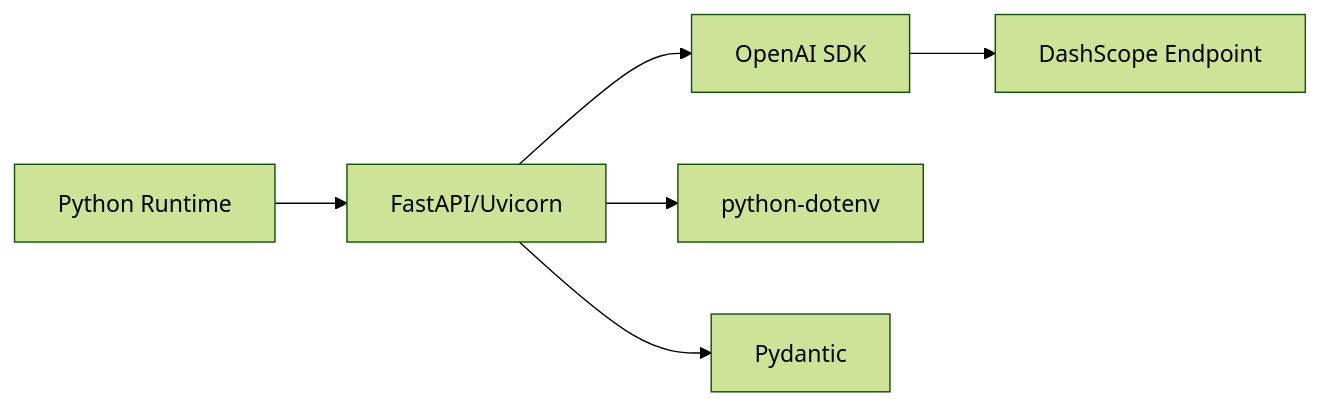
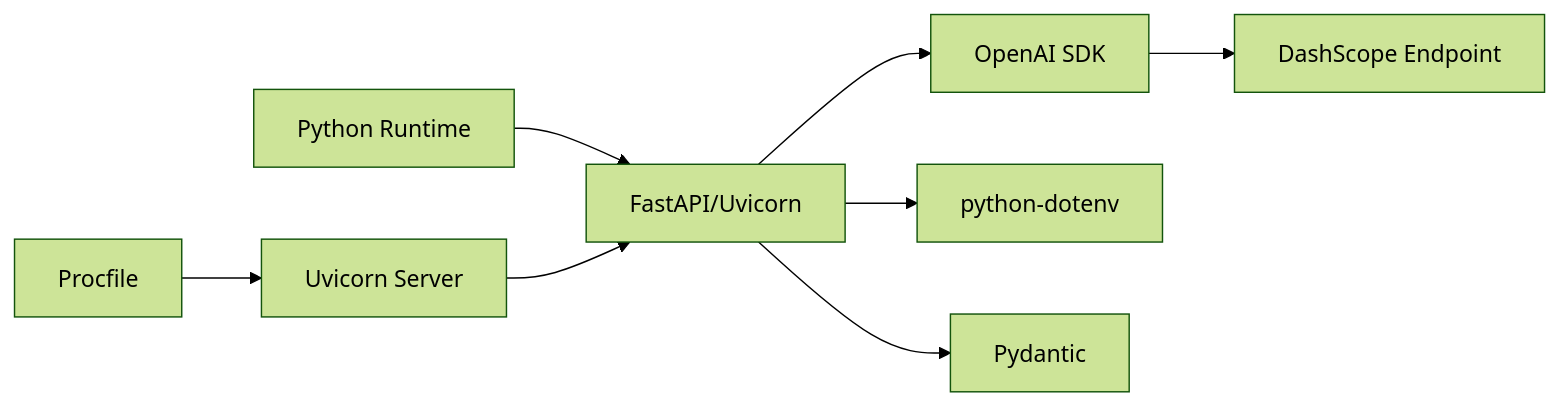
One commit to Aymanaahh/scrollguard-ai changed the fourth of 4 diagrams in .qoder/repowiki/en/content/Deployment and Configuration.md. Above: the diagram before and after it, drawn with Mermaid (forest theme). The commit also changed other lines of this file and 34 other files, not shown here.

````diff
--- a/.qoder/repowiki/en/content/Deployment and Configuration.md
+++ b/.qoder/repowiki/en/content/Deployment and Configuration.md
@@ -164,8 +201,10 @@
 ```mermaid
 graph LR
 PY["Python Runtime"] --> FASTAPI["FastAPI/Uvicorn"]
 FASTAPI --> OPENAI["OpenAI SDK"]
 OPENAI --> DASHSCOPE["DashScope Endpoint"]
 FASTAPI --> DOTENV["python-dotenv"]
 FASTAPI --> PYDANTIC["Pydantic"]
+PROC["Procfile"] --> UVI["Uvicorn Server"]
+UVI --> FASTAPI
 ```
````
